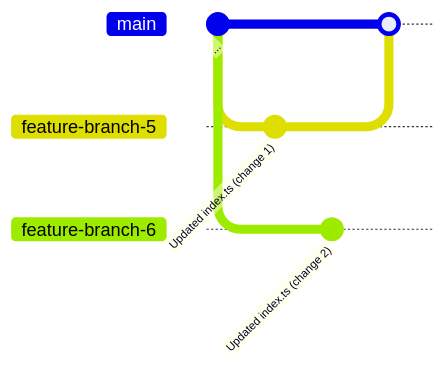
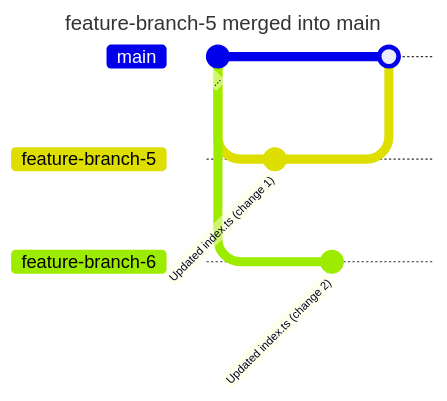
The third of 7 diagrams in exercise-4/README.md (nerdschoolbergen/git), drawn with Mermaid before and after one commit. The commit also changed other lines of this file and 17 other files, not shown here.

````diff
--- a/exercise-4/README.md
+++ b/exercise-4/README.md
@@ -40,11 +48,14 @@
 ```mermaid
+---
+title: feature-branch-5 merged into main
+---
 gitGraph
    commit id: "..."
    branch feature-branch-5
    commit id: "Updated index.ts (change 1)"
    checkout main
    branch feature-branch-6
    commit id: "Updated index.ts (change 2)"
    checkout main
    merge feature-branch-5
 ```
````
